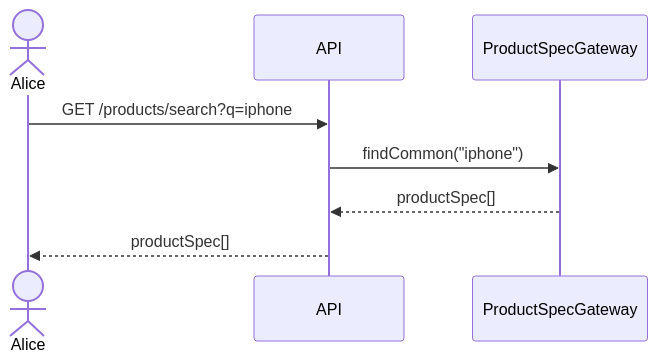
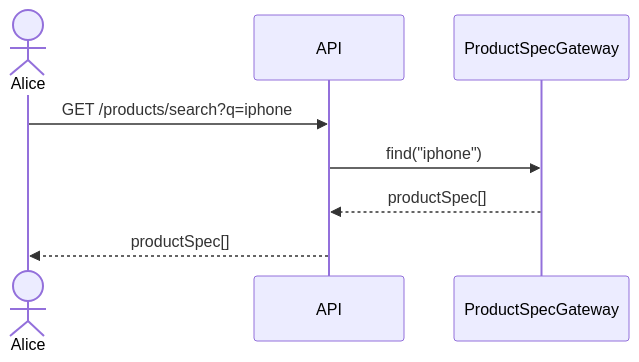
Before and after one commit to hivetown/planning: the third of 32 diagrams in sequence.md, drawn with Mermaid. The commit also changed other lines of this file, not shown here.

````diff
--- a/sequence.md
+++ b/sequence.md
@@ -157,11 +157,11 @@
 ```mermaid
 sequenceDiagram
     actor A as Alice
     participant API
     participant PSC as ProductSpecGateway
 
     A ->> API: GET /products/search?q=iphone
-    API ->> PSC: findCommon("iphone")
+    API ->> PSC: find("iphone")
     PSC -->> API: productSpec[]
     API -->> A: productSpec[]
 ```
````
